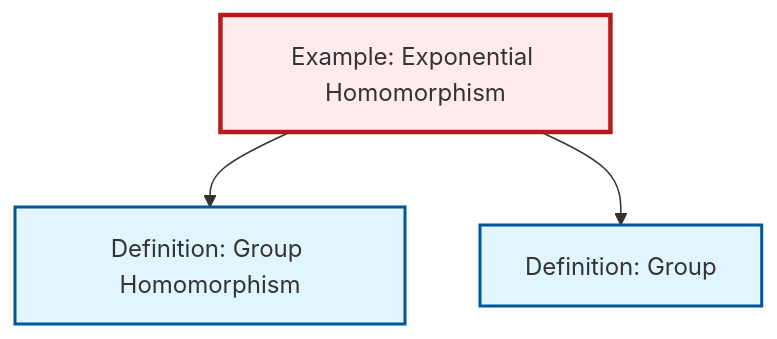
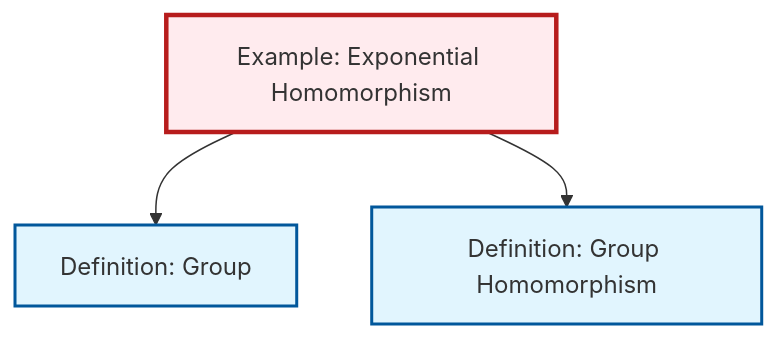
Before and after one commit to RK0429/ModernMath: the diagram in content/en/algebra/ex-exponential-homomorphism.qmd, drawn with Mermaid. The commit also changed other lines of this file and 417 other files, not shown here.

````diff
--- a/content/en/algebra/ex-exponential-homomorphism.qmd
+++ b/content/en/algebra/ex-exponential-homomorphism.qmd
@@ -44,17 +44,17 @@
 ```{mermaid}
 %%| fig-cap: "Local dependency graph"
 graph TD
     classDef definition fill:#e1f5fe,stroke:#01579b,stroke-width:2px
     classDef theorem fill:#f3e5f5,stroke:#4a148c,stroke-width:2px
     classDef axiom fill:#fff3e0,stroke:#e65100,stroke-width:2px
     classDef example fill:#e8f5e9,stroke:#1b5e20,stroke-width:2px
     classDef current fill:#ffebee,stroke:#b71c1c,stroke-width:3px
+    def-group["Definition: Group"]:::definition
     ex-exponential-homomorphism["Example: Exponential Homomorphism"]:::example
     def-homomorphism["Definition: Group Homomorphism"]:::definition
-    def-group["Definition: Group"]:::definition
+    ex-exponential-homomorphism --> def-group
     ex-exponential-homomorphism --> def-homomorphism
-    ex-exponential-homomorphism --> def-group
     class ex-exponential-homomorphism current
+    click def-group "def-group.html" "Go to Group definition"
     click def-homomorphism "def-homomorphism.html" "Go to Group Homomorphism definition"
-    click def-group "def-group.html" "Go to Group definition"
 ```
````
